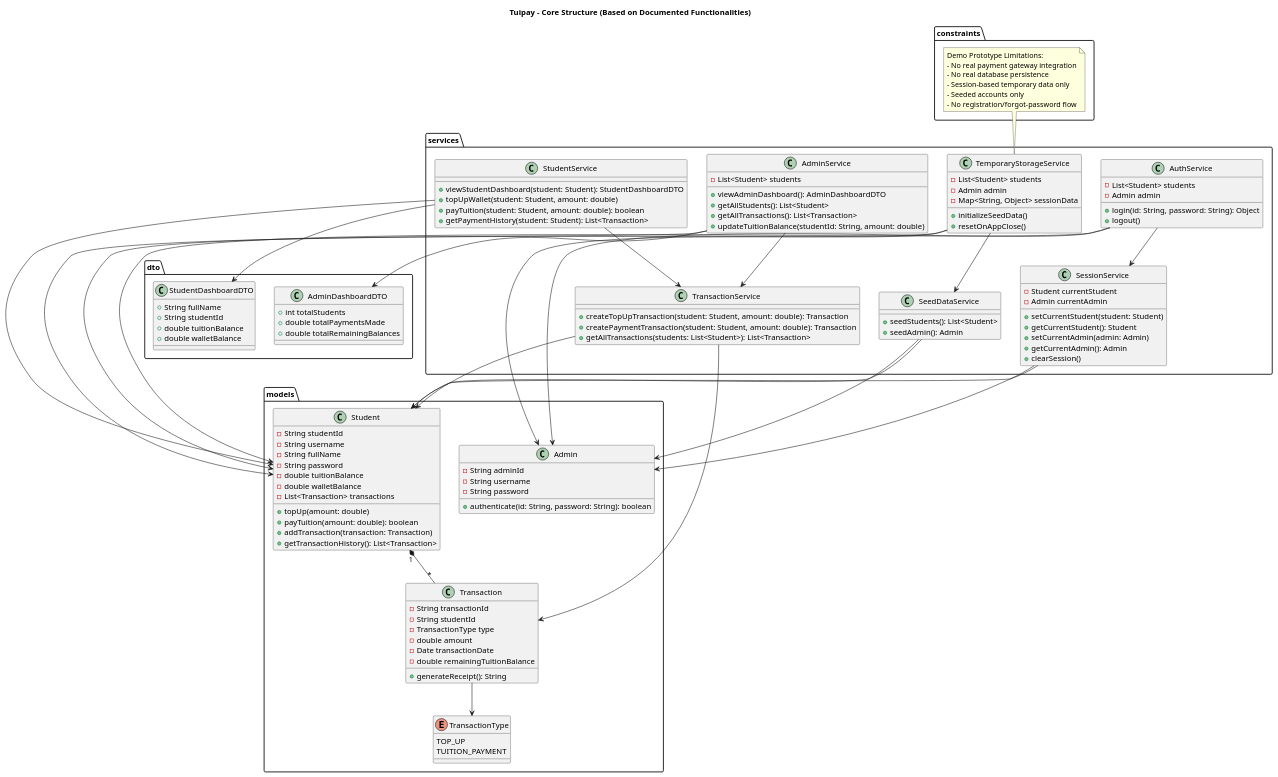
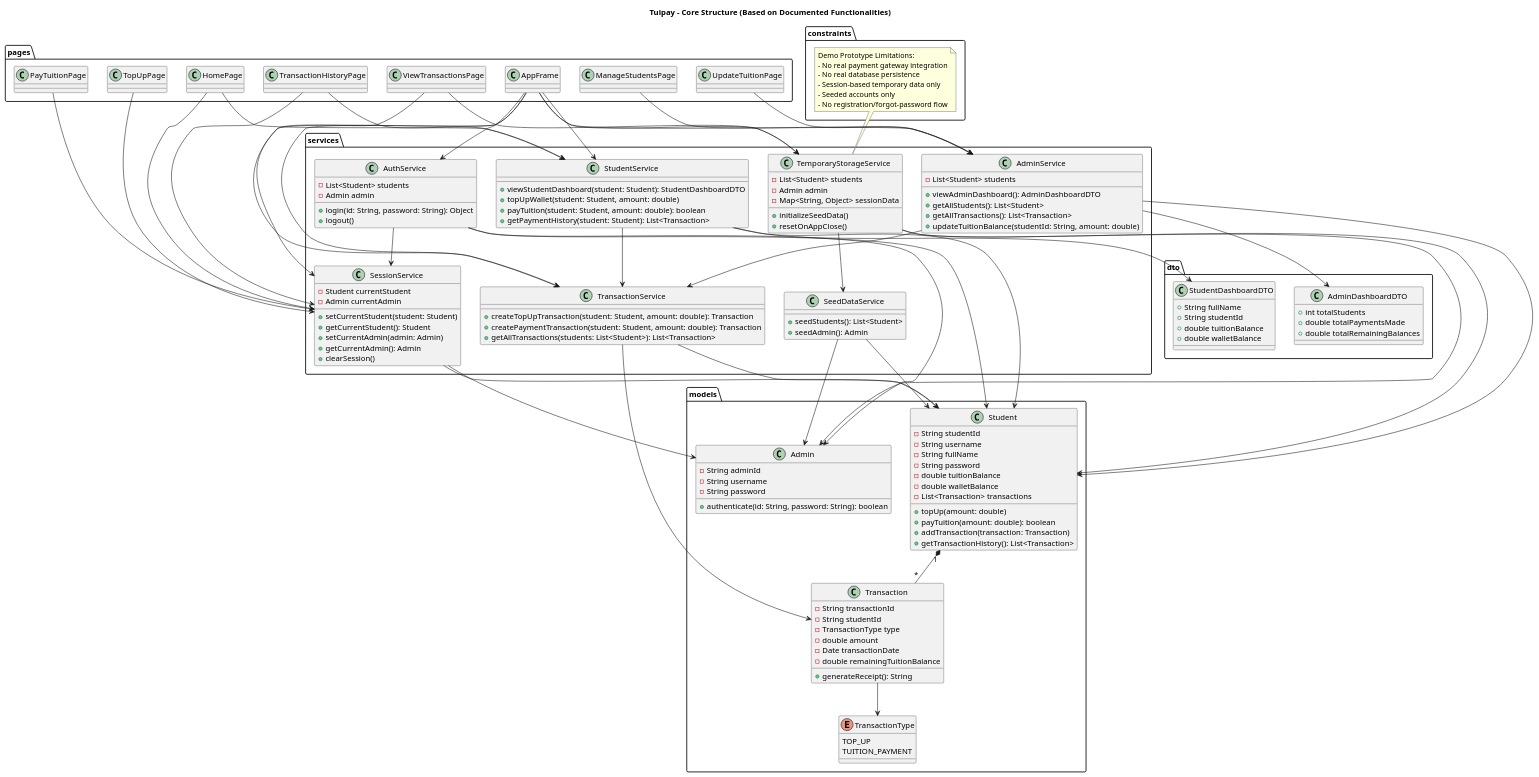
The diagram in src/main/resources/puml/uml.puml (Jasmyre/Tuipay), drawn with PlantUML before and after one commit. The commit also changed 8 other files, not shown here.

Commit message:
refactor: Revamp AppFrame and HomePage; introduce new pages for managing students, viewing transactions, updating tuition, topping up, and transaction history

```diff
--- a/src/main/resources/puml/uml.puml
+++ b/src/main/resources/puml/uml.puml
@@ -1,152 +1,181 @@
 @startuml
 title Tuipay - Core Structure (Based on Documented Functionalities)
 
 package "models" {
 
   class Student {
     - String studentId
     - String username
     - String fullName
     - String password
     - double tuitionBalance
     - double walletBalance
     - List<Transaction> transactions
 
     + topUp(amount: double)
     + payTuition(amount: double): boolean
     + addTransaction(transaction: Transaction)
     + getTransactionHistory(): List<Transaction>
   }
 
   class Admin {
     - String adminId
     - String username
     - String password
 
     + authenticate(id: String, password: String): boolean
   }
 
   class Transaction {
     - String transactionId
     - String studentId
     - TransactionType type
     - double amount
     - Date transactionDate
     - double remainingTuitionBalance
 
     + generateReceipt(): String
   }
 
   enum TransactionType {
     TOP_UP
     TUITION_PAYMENT
   }
 }
 
 package "services" {
 
   class SeedDataService {
     + seedStudents(): List<Student>
     + seedAdmin(): Admin
   }
 
   class AuthService {
     - List<Student> students
     - Admin admin
 
     + login(id: String, password: String): Object
     + logout()
   }
 
   class StudentService {
     + viewStudentDashboard(student: Student): StudentDashboardDTO
     + topUpWallet(student: Student, amount: double)
     + payTuition(student: Student, amount: double): boolean
     + getPaymentHistory(student: Student): List<Transaction>
   }
 
   class AdminService {
     - List<Student> students
 
     + viewAdminDashboard(): AdminDashboardDTO
     + getAllStudents(): List<Student>
     + getAllTransactions(): List<Transaction>
     + updateTuitionBalance(studentId: String, amount: double)
   }
 
   class SessionService {
     - Student currentStudent
     - Admin currentAdmin
 
     + setCurrentStudent(student: Student)
     + getCurrentStudent(): Student
     + setCurrentAdmin(admin: Admin)
     + getCurrentAdmin(): Admin
     + clearSession()
   }
 
   class TransactionService {
     + createTopUpTransaction(student: Student, amount: double): Transaction
     + createPaymentTransaction(student: Student, amount: double): Transaction
     + getAllTransactions(students: List<Student>): List<Transaction>
   }
 
   class TemporaryStorageService {
     - List<Student> students
     - Admin admin
     - Map<String, Object> sessionData
 
     + initializeSeedData()
     + resetOnAppClose()
   }
 }
 
+package "pages" {
+  class AppFrame
+  class HomePage
+  class ManageStudentsPage
+  class ViewTransactionsPage
+  class UpdateTuitionPage
+  class TopUpPage
+  class PayTuitionPage
+  class TransactionHistoryPage
+}
+
 package "dto" {
   class StudentDashboardDTO {
     + String fullName
     + String studentId
     + double tuitionBalance
     + double walletBalance
   }
 
   class AdminDashboardDTO {
     + int totalStudents
     + double totalPaymentsMade
     + double totalRemainingBalances
   }
 }
 
 package "constraints" {
   note "Demo Prototype Limitations:\n- No real payment gateway integration\n- No real database persistence\n- Session-based temporary data only\n- Seeded accounts only\n- No registration/forgot-password flow" as DemoLimitations
 }
 
 Student "1" *-- "*" Transaction
 Transaction --> TransactionType
 
 SeedDataService --> Student
 SeedDataService --> Admin
 
 AuthService --> Student
 AuthService --> Admin
 AuthService --> SessionService
 
 StudentService --> Student
 StudentService --> TransactionService
 StudentService --> StudentDashboardDTO
 
 AdminService --> Student
 AdminService --> TransactionService
 AdminService --> AdminDashboardDTO
 
 SessionService --> Student
 SessionService --> Admin
 
 TransactionService --> Transaction
 TransactionService --> Student
 
 TemporaryStorageService --> SeedDataService
 TemporaryStorageService --> Student
 TemporaryStorageService --> Admin
 DemoLimitations .. TemporaryStorageService
 
+AppFrame --> AuthService
+AppFrame --> SessionService
+AppFrame --> StudentService
+AppFrame --> AdminService
+AppFrame --> TransactionService
+AppFrame --> TemporaryStorageService
+
+HomePage --> StudentService
+HomePage --> SessionService
+ManageStudentsPage --> AdminService
+ViewTransactionsPage --> TransactionService
+ViewTransactionsPage --> TemporaryStorageService
+UpdateTuitionPage --> AdminService
+TopUpPage --> SessionService
+PayTuitionPage --> SessionService
+TransactionHistoryPage --> StudentService
+TransactionHistoryPage --> SessionService
+
 @enduml
```
